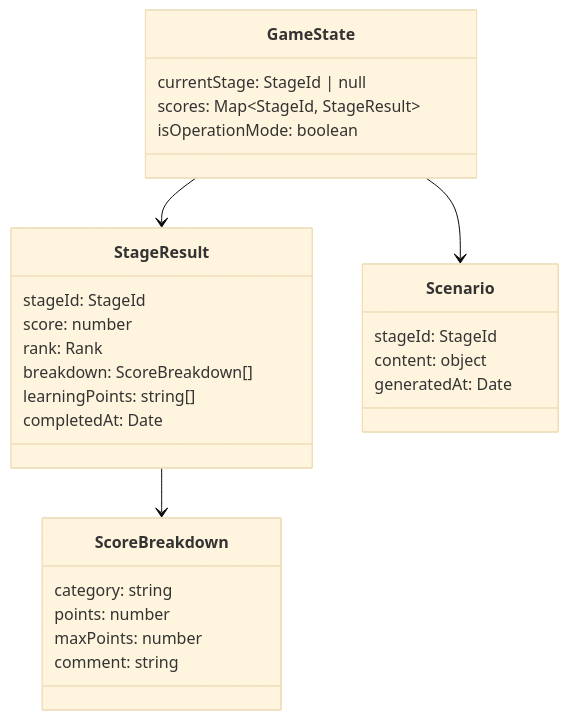
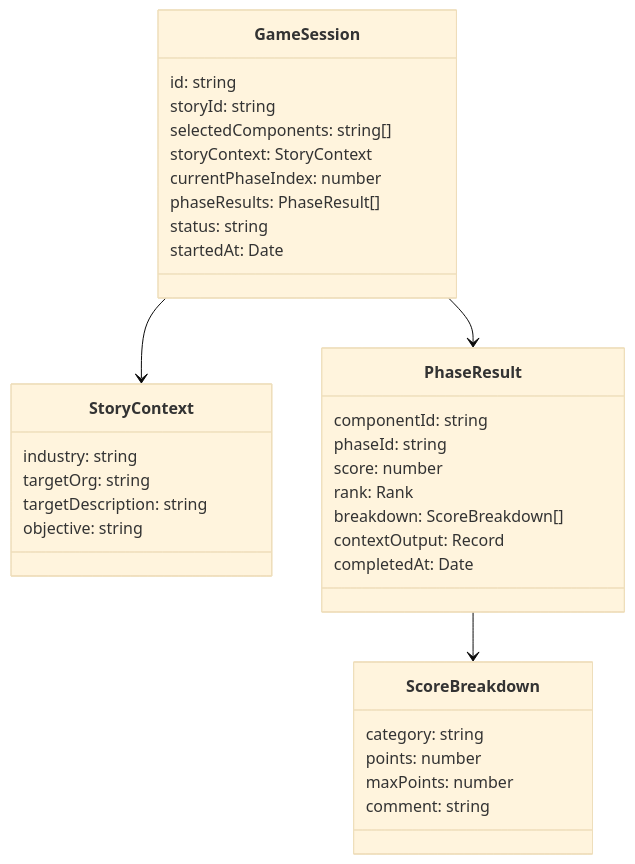
Before and after one commit to Ai0202/cyber-security-game: the first of 5 diagrams in docs/er-diagram.md, drawn with Mermaid (base theme). The commit also changed other lines of this file and 5 other files, not shown here.

````diff
--- a/docs/er-diagram.md
+++ b/docs/er-diagram.md
@@ -9,34 +9,41 @@
 ```mermaid
 classDiagram
-    class GameState {
-        currentStage: StageId | null
-        scores: Map~StageId, StageResult~
-        isOperationMode: boolean
+    class GameSession {
+        id: string
+        storyId: string
+        selectedComponents: string[]
+        storyContext: StoryContext
+        currentPhaseIndex: number
+        phaseResults: PhaseResult[]
+        status: string
+        startedAt: Date
     }
 
-    class StageResult {
-        stageId: StageId
+    class StoryContext {
+        industry: string
+        targetOrg: string
+        targetDescription: string
+        objective: string
+    }
+
+    class PhaseResult {
+        componentId: string
+        phaseId: string
         score: number
         rank: Rank
         breakdown: ScoreBreakdown[]
-        learningPoints: string[]
+        contextOutput: Record
         completedAt: Date
     }
 
     class ScoreBreakdown {
         category: string
         points: number
         maxPoints: number
         comment: string
     }
 
-    class Scenario {
-        stageId: StageId
-        content: object
-        generatedAt: Date
-    }
-
-    GameState --> StageResult
-    StageResult --> ScoreBreakdown
-    GameState --> Scenario
+    GameSession --> StoryContext
+    GameSession --> PhaseResult
+    PhaseResult --> ScoreBreakdown
 ```
````
